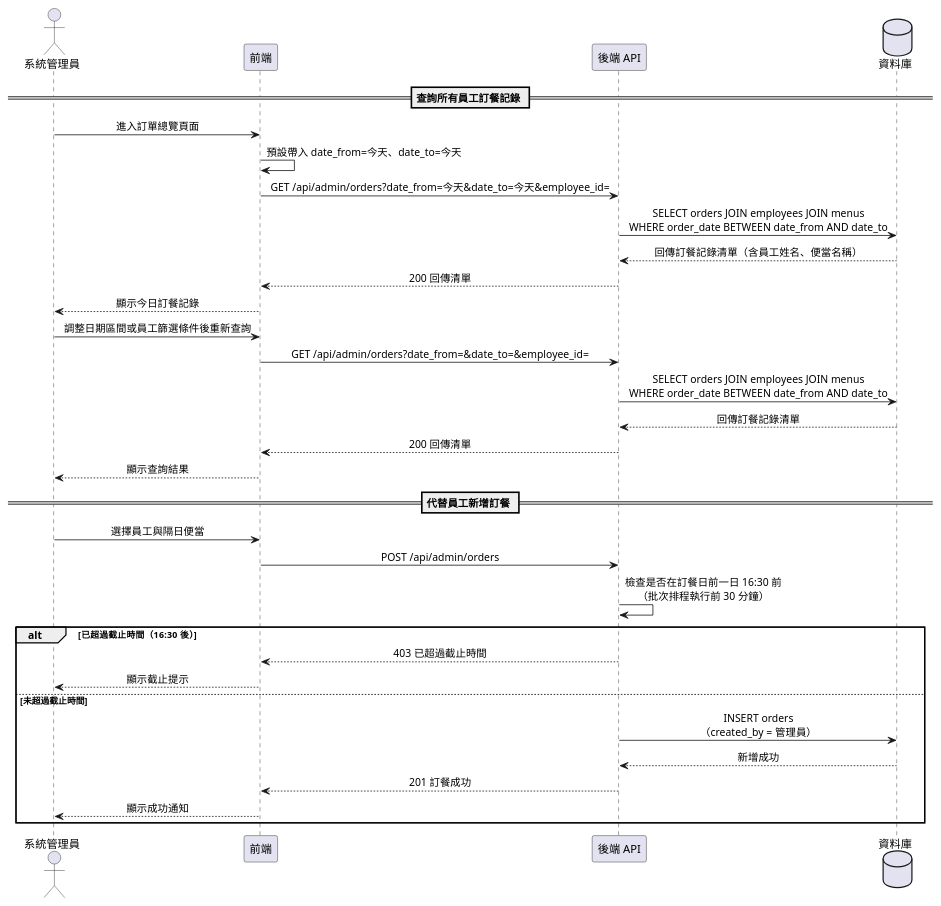
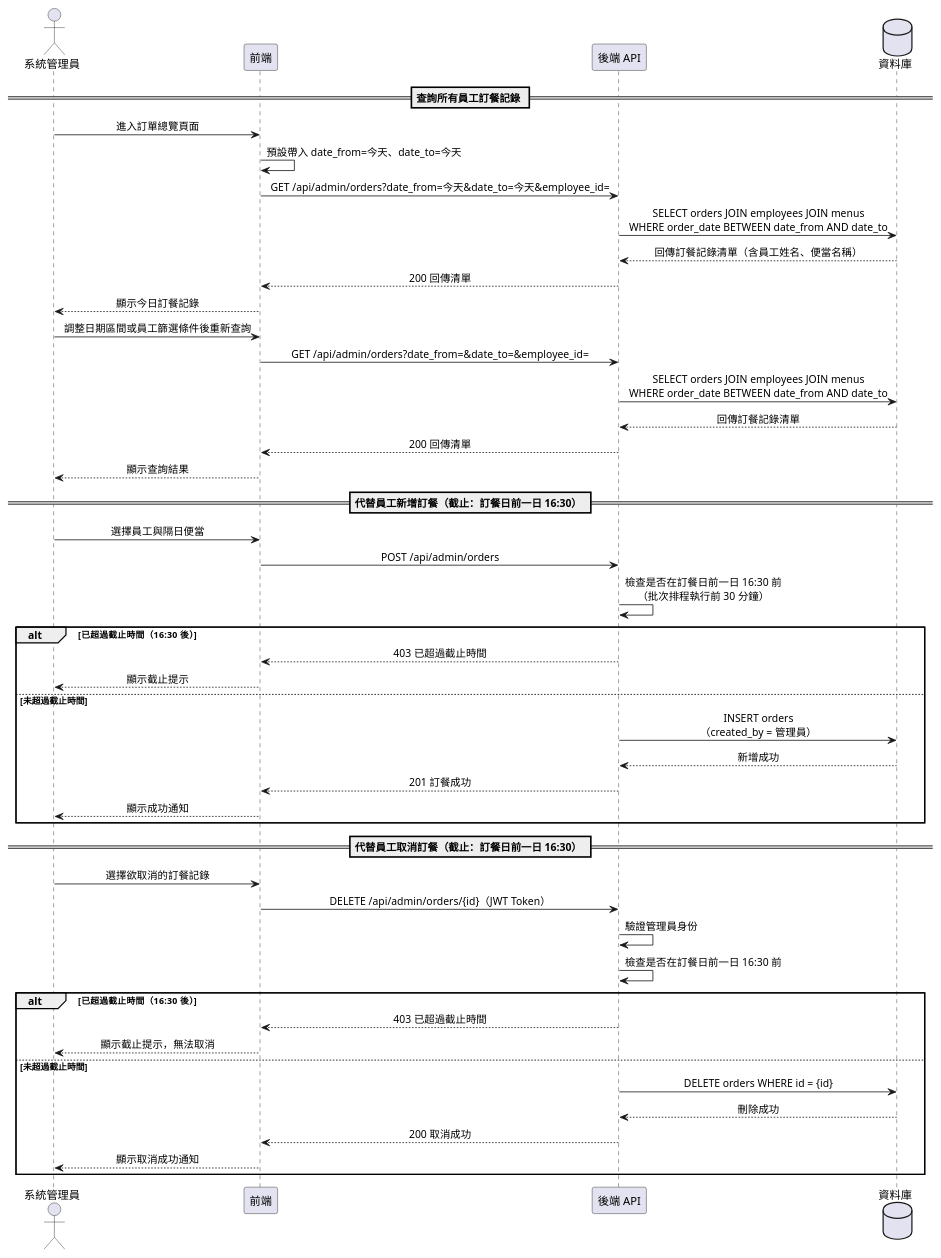
One commit to teyhawzhe/bento-uml changed the diagram in output/A006/A006-sequence.puml. Above: the diagram before and after it, drawn with PlantUML. The commit also changed 3 other files, not shown here.

```diff
--- a/output/A006/A006-sequence.puml
+++ b/output/A006/A006-sequence.puml
@@ -1,38 +1,53 @@
 @startuml A006-sequence
 skinparam sequenceMessageAlign center
 
 actor "系統管理員" as Admin
 participant "前端" as Frontend
 participant "後端 API" as API
 database "資料庫" as DB
 
 == 查詢所有員工訂餐記錄 ==
 Admin -> Frontend : 進入訂單總覽頁面
 Frontend -> Frontend : 預設帶入 date_from=今天、date_to=今天
 Frontend -> API : GET /api/admin/orders?date_from=今天&date_to=今天&employee_id=
 API -> DB : SELECT orders JOIN employees JOIN menus\nWHERE order_date BETWEEN date_from AND date_to
 DB --> API : 回傳訂餐記錄清單（含員工姓名、便當名稱）
 API --> Frontend : 200 回傳清單
 Frontend --> Admin : 顯示今日訂餐記錄
 
 Admin -> Frontend : 調整日期區間或員工篩選條件後重新查詢
 Frontend -> API : GET /api/admin/orders?date_from=&date_to=&employee_id=
 API -> DB : SELECT orders JOIN employees JOIN menus\nWHERE order_date BETWEEN date_from AND date_to
 DB --> API : 回傳訂餐記錄清單
 API --> Frontend : 200 回傳清單
 Frontend --> Admin : 顯示查詢結果
 
-== 代替員工新增訂餐 ==
+== 代替員工新增訂餐（截止：訂餐日前一日 16:30） ==
 Admin -> Frontend : 選擇員工與隔日便當
 Frontend -> API : POST /api/admin/orders
 API -> API : 檢查是否在訂餐日前一日 16:30 前\n（批次排程執行前 30 分鐘）
 alt 已超過截止時間（16:30 後）
     API --> Frontend : 403 已超過截止時間
     Frontend --> Admin : 顯示截止提示
 else 未超過截止時間
     API -> DB : INSERT orders\n（created_by = 管理員）
     DB --> API : 新增成功
     API --> Frontend : 201 訂餐成功
     Frontend --> Admin : 顯示成功通知
 end
+
+== 代替員工取消訂餐（截止：訂餐日前一日 16:30） ==
+Admin -> Frontend : 選擇欲取消的訂餐記錄
+Frontend -> API : DELETE /api/admin/orders/{id}（JWT Token）
+API -> API : 驗證管理員身份
+API -> API : 檢查是否在訂餐日前一日 16:30 前
+alt 已超過截止時間（16:30 後）
+    API --> Frontend : 403 已超過截止時間
+    Frontend --> Admin : 顯示截止提示，無法取消
+else 未超過截止時間
+    API -> DB : DELETE orders WHERE id = {id}
+    DB --> API : 刪除成功
+    API --> Frontend : 200 取消成功
+    Frontend --> Admin : 顯示取消成功通知
+end
 @enduml
```
